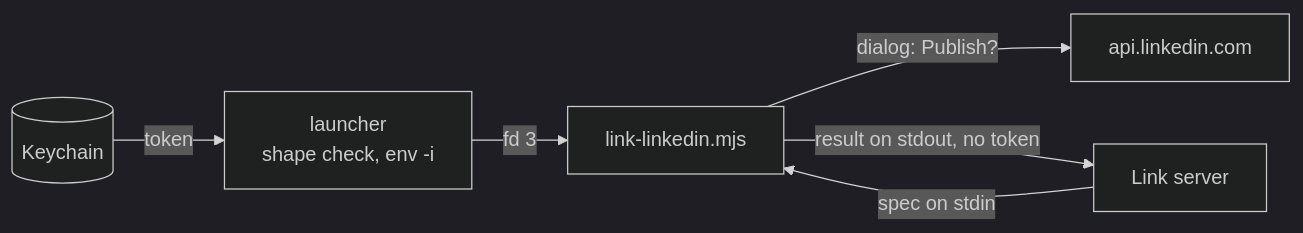
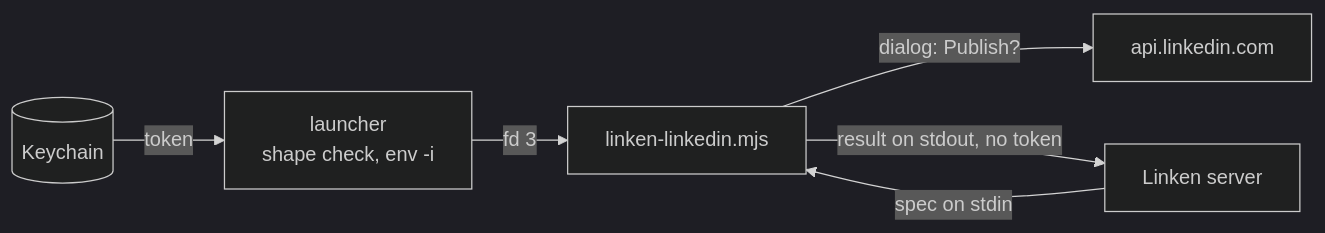
The diagram in trusted/README.md (Colorado-Startups/link), drawn with Mermaid (dark theme) before and after one commit. The commit also changed other lines of this file and 12 other files, not shown here.

First line of the commit message:
Rename trusted helper, token script and install paths to Linken (#21)

````diff
--- a/trusted/README.md
+++ b/trusted/README.md
@@ -5,7 +5,7 @@
 ```mermaid
 flowchart LR
-  K[(Keychain)] -->|token| L[launcher<br/>shape check, env -i] -->|fd 3| H[link-linkedin.mjs]
-  S[Link server] -->|spec on stdin| H
+  K[(Keychain)] -->|token| L[launcher<br/>shape check, env -i] -->|fd 3| H[linken-linkedin.mjs]
+  S[Linken server] -->|spec on stdin| H
   H -->|dialog: Publish?| A[api.linkedin.com]
   H -->|result on stdout, no token| S
 ```
````
